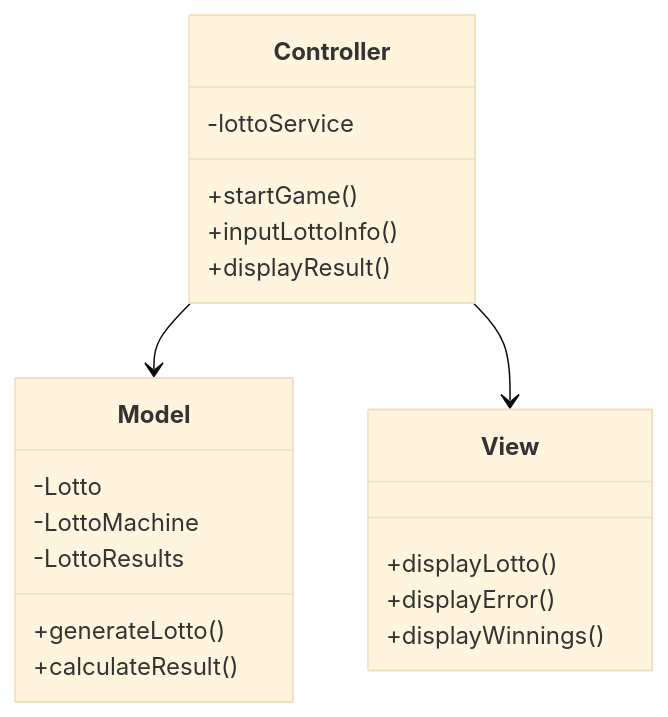
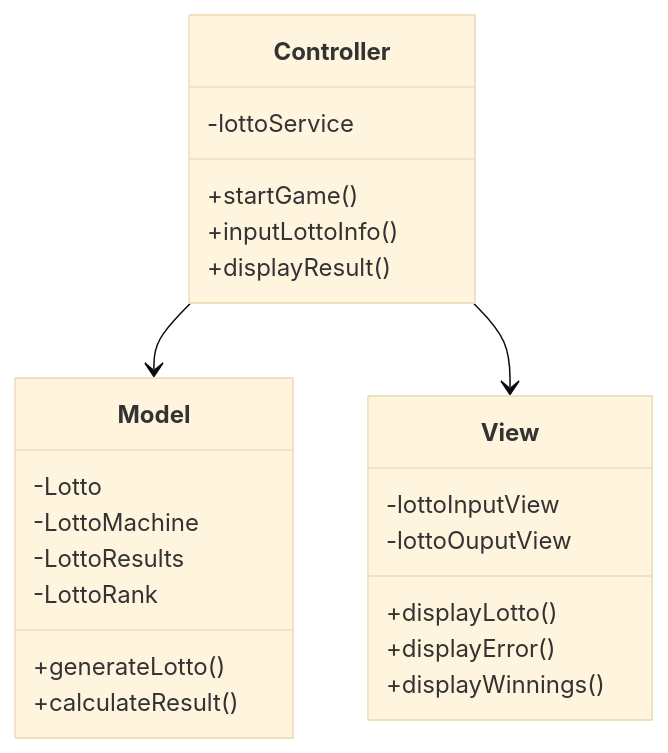
Before and after one commit to woowacourse-precourse/java-lotto-7: the diagram in README.md, drawn with Mermaid (base theme). The commit also changed other lines of this file, not shown here.

Commit message:
docs(readme): 클래스 다이어 그램 수정, 체크리스트 업데이트

````diff
--- a/README.md
+++ b/README.md
@@ -4,26 +4,29 @@
 ```mermaid
 classDiagram
     Controller --> Model
     Controller --> View
 
     class Controller {
         -lottoService
         +startGame()
         +inputLottoInfo()
         +displayResult()
     }
 
     class Model {
         -Lotto
         -LottoMachine
         -LottoResults
+        -LottoRank
         +generateLotto()
         +calculateResult()
     }
 
     class View {
+        -lottoInputView
+        -lottoOuputView
         +displayLotto()
         +displayError()
         +displayWinnings()
     }
 ```
````
